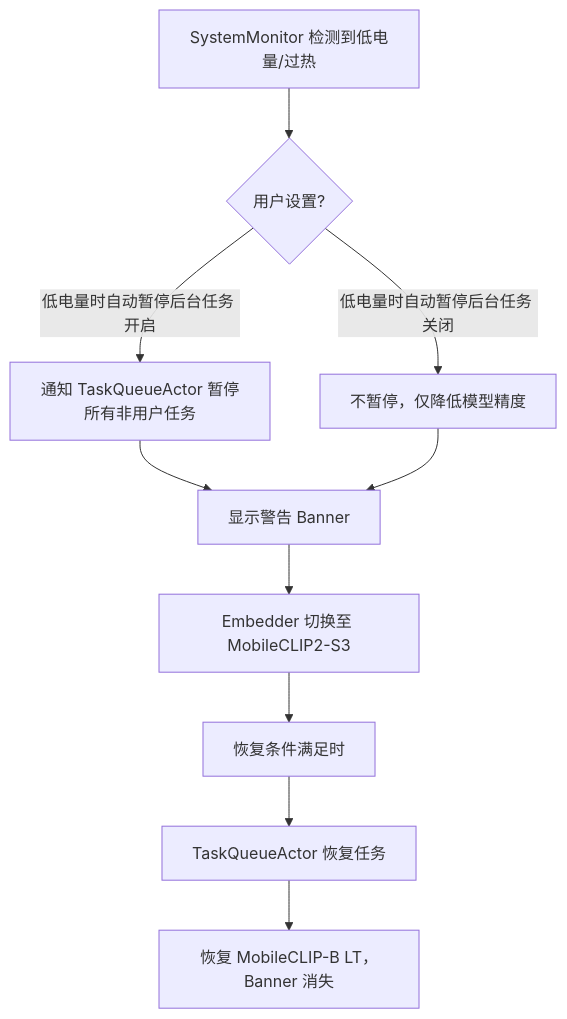
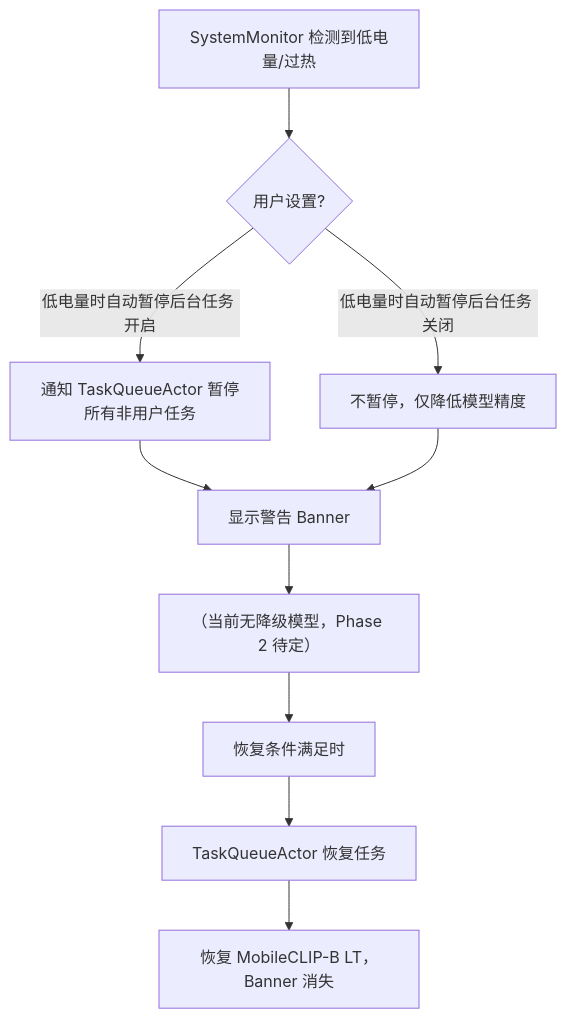
Before and after one commit to logan-suu/Echo: diagram 12 of 12 in docs/02-architecture/数据流全链路技术说明文档.md, drawn with Mermaid. The commit also changed 6 other files, not shown here.

````diff
--- a/docs/02-architecture/数据流全链路技术说明文档.md
+++ b/docs/02-architecture/数据流全链路技术说明文档.md
@@ -452,12 +452,12 @@
 ```mermaid
 flowchart TD
     A[SystemMonitor 检测到低电量/过热] --> B{用户设置?}
     B -->|低电量时自动暂停后台任务 开启| C[通知 TaskQueueActor 暂停所有非用户任务]
     B -->|低电量时自动暂停后台任务 关闭| D[不暂停，仅降低模型精度]
     C --> E[显示警告 Banner]
     D --> E
-    E --> F[Embedder 切换至 MobileCLIP2-S3]
+    E --> F[（当前无降级模型，Phase 2 待定）]
     F --> G[恢复条件满足时]
     G --> H[TaskQueueActor 恢复任务]
     H --> I[恢复 MobileCLIP-B LT，Banner 消失]
 ```
````
